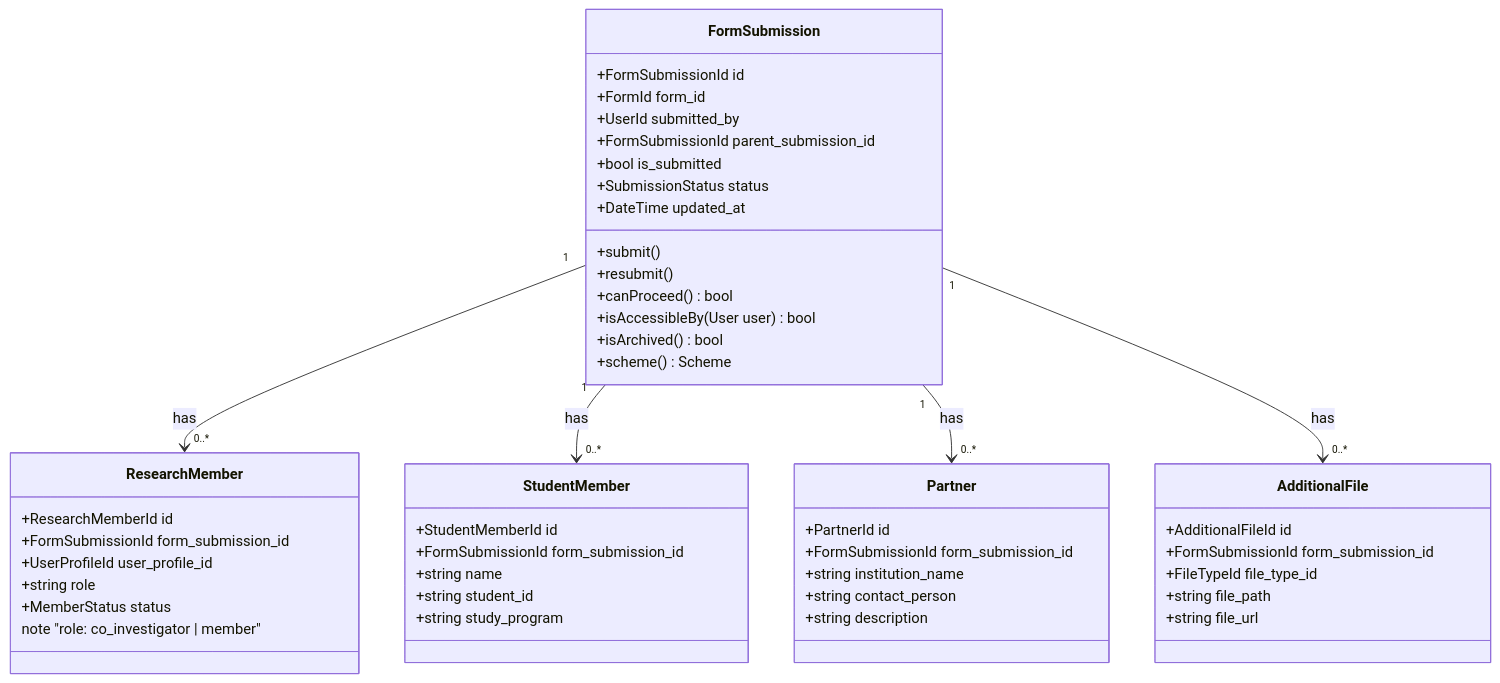
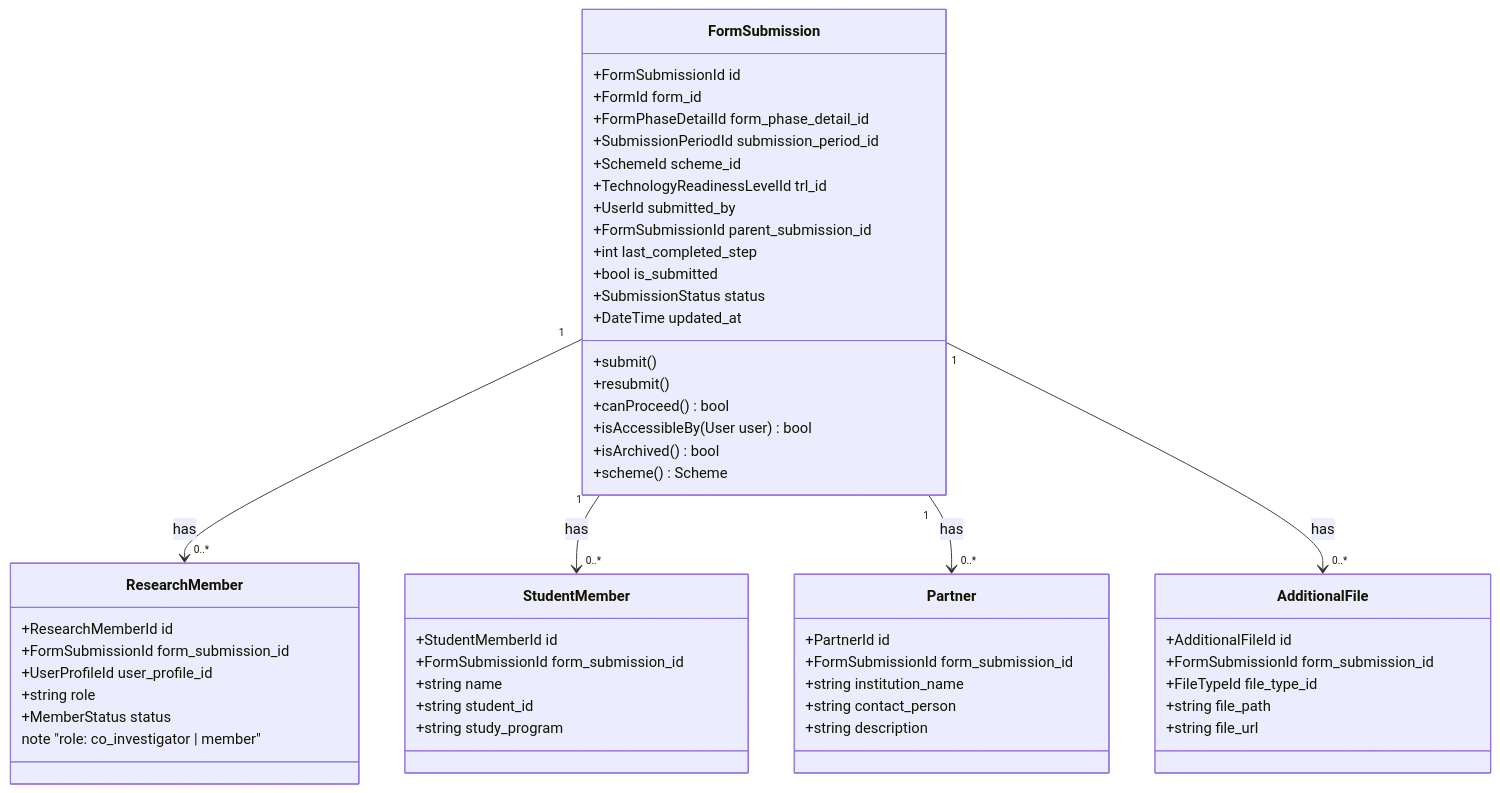
Before and after one commit to nas11ai/sim-kerjasama-itk: the sixth of 6 diagrams in docs/requirement-analysis/ddd/core/01_submission.md, drawn with Mermaid. The commit also changed other lines of this file and 5 other files, not shown here.

Commit message:
docs: bump DDD to v2.4 for schema and lifecycle decisions

````diff
--- a/docs/requirement-analysis/ddd/core/01_submission.md
+++ b/docs/requirement-analysis/ddd/core/01_submission.md
@@ -111,56 +136,61 @@
 ```mermaid
 classDiagram
     class FormSubmission {
         +FormSubmissionId id
         +FormId form_id
+        +FormPhaseDetailId form_phase_detail_id
+        +SubmissionPeriodId submission_period_id
+        +SchemeId scheme_id
+        +TechnologyReadinessLevelId trl_id
         +UserId submitted_by
         +FormSubmissionId parent_submission_id
+        +int last_completed_step
         +bool is_submitted
         +SubmissionStatus status
         +DateTime updated_at
         +submit()
         +resubmit()
         +canProceed() bool
         +isAccessibleBy(User user) bool
         +isArchived() bool
         +scheme() Scheme
     }
 
     class ResearchMember {
         +ResearchMemberId id
         +FormSubmissionId form_submission_id
         +UserProfileId user_profile_id
         +string role
         +MemberStatus status
         note "role: co_investigator | member"
     }
 
     class StudentMember {
         +StudentMemberId id
         +FormSubmissionId form_submission_id
         +string name
         +string student_id
         +string study_program
     }
 
     class Partner {
         +PartnerId id
         +FormSubmissionId form_submission_id
         +string institution_name
         +string contact_person
         +string description
     }
 
     class AdditionalFile {
         +AdditionalFileId id
         +FormSubmissionId form_submission_id
         +FileTypeId file_type_id
         +string file_path
         +string file_url
     }
 
     FormSubmission "1" --> "0..*" ResearchMember : has
     FormSubmission "1" --> "0..*" StudentMember : has
     FormSubmission "1" --> "0..*" Partner : has
     FormSubmission "1" --> "0..*" AdditionalFile : has
 ```
````
